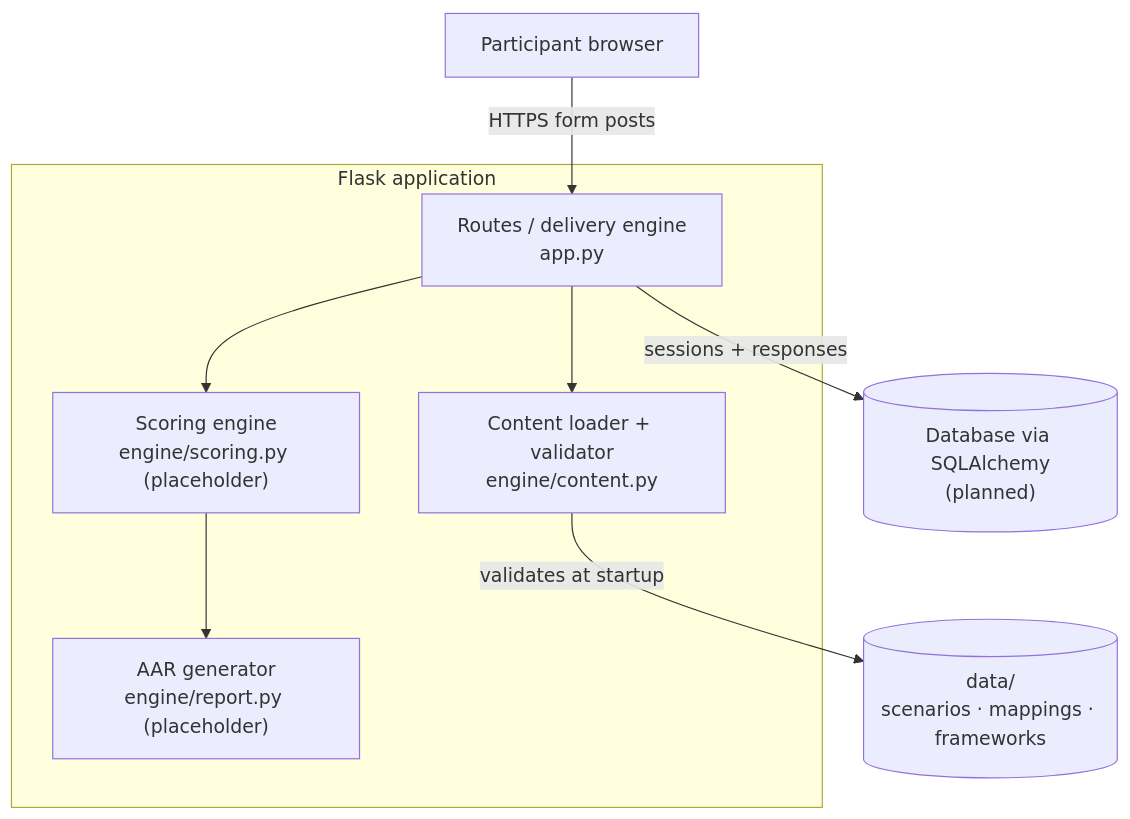
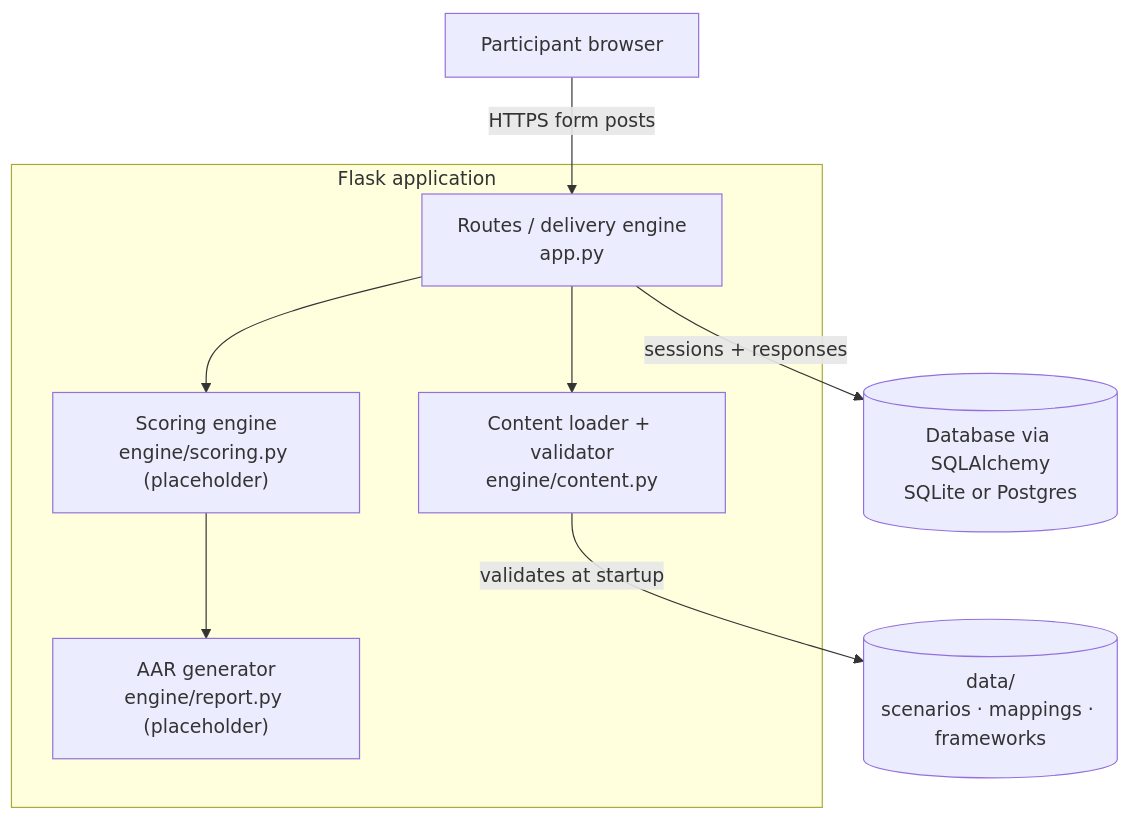
The diagram in docs/architecture.md (ojanetor/autogsesec), drawn with Mermaid before and after one commit. The commit also changed other lines of this file, not shown here.

First line of the commit message:
Update architecture status for v0.2.0

````diff
--- a/docs/architecture.md
+++ b/docs/architecture.md
@@ -9,14 +9,14 @@
 ```mermaid
 flowchart TB
     U["Participant browser"] -->|HTTPS form posts| R
     subgraph F["Flask application"]
         R["Routes / delivery engine<br/>app.py"]
         C["Content loader + validator<br/>engine/content.py"]
         S["Scoring engine<br/>engine/scoring.py (placeholder)"]
         A["AAR generator<br/>engine/report.py (placeholder)"]
     end
     R --> C
     R --> S --> A
     C -->|validates at startup| J[("data/<br/>scenarios · mappings · frameworks")]
-    R -->|sessions + responses| D[("Database via SQLAlchemy<br/>(planned)")]
+    R -->|sessions + responses| D[("Database via SQLAlchemy<br/>SQLite or Postgres")]
 ```
````
